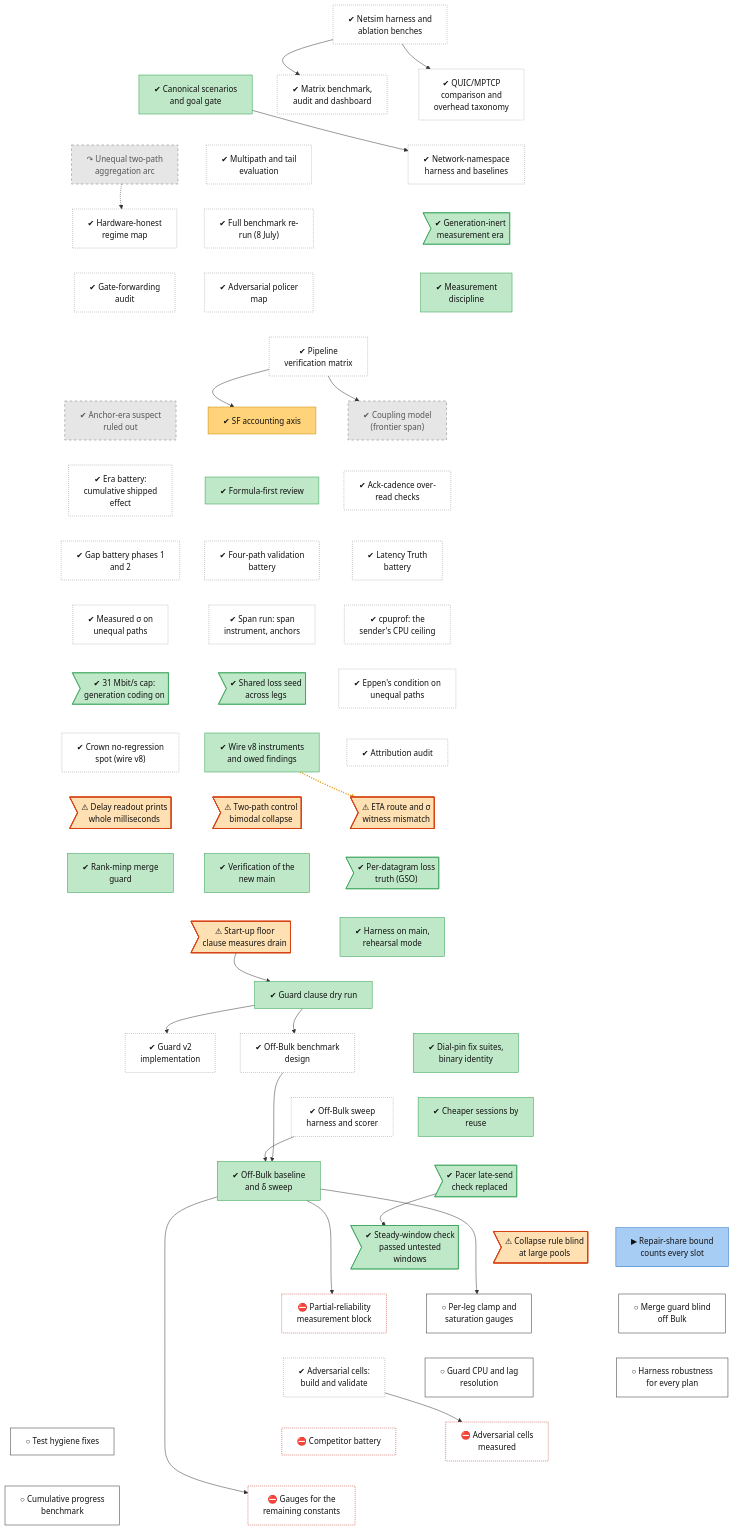
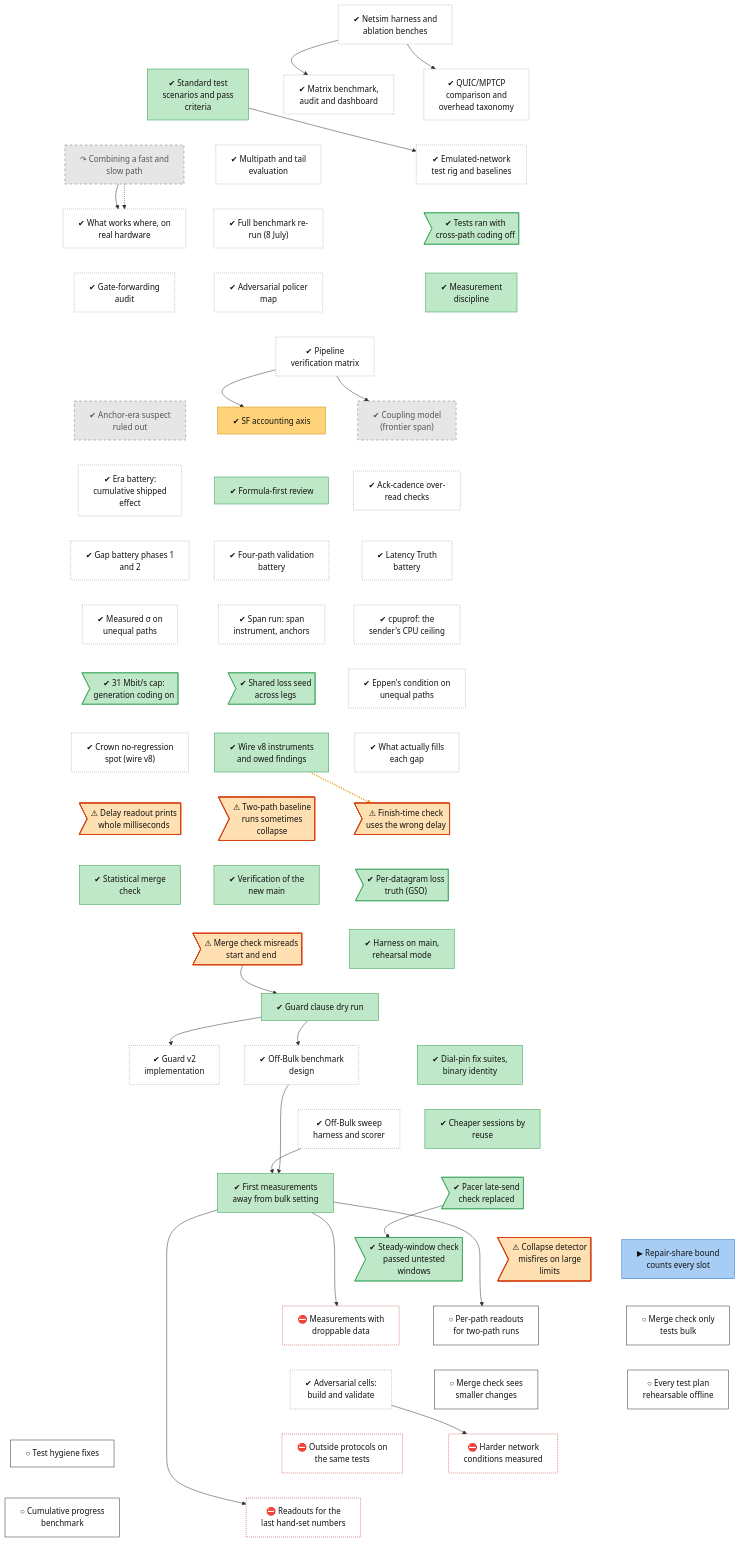
One commit to lhns/raptorpath changed the diagram in docs/roadmap/tracks/meas.md. Above: the diagram before and after it, drawn with Mermaid. The commit also changed other lines of this file and 15 other files, not shown here.

First line of the commit message:
roadmap: titles and plain sentences from the re-check

```diff
--- a/docs/roadmap/tracks/meas.md
+++ b/docs/roadmap/tracks/meas.md
@@ -12,13 +12,13 @@
     meas_l0_sim_bench["✔ Netsim harness and<br/>ablation benches"]
     meas_transport_comparison["✔ QUIC/MPTCP<br/>comparison and<br/>overhead taxonomy"]
     meas_matrix_bench["✔ Matrix benchmark,<br/>audit and dashboard"]
-    meas_adr51_scenarios["✔ Canonical scenarios<br/>and goal gate"]
-    meas_l1_harness["✔ Network-namespace<br/>harness and baselines"]
+    meas_adr51_scenarios["✔ Standard test<br/>scenarios and pass<br/>criteria"]
+    meas_l1_harness["✔ Emulated-network<br/>test rig and baselines"]
     meas_l2_multipath["✔ Multipath and tail<br/>evaluation"]
-    meas_c8_aggregation_arc["↷ Unequal two-path<br/>aggregation arc"]
-    meas_gen_inert_era>"✔ Generation-inert<br/>measurement era"]
+    meas_c8_aggregation_arc["↷ Combining a fast and<br/>slow path"]
+    meas_gen_inert_era>"✔ Tests ran with<br/>cross-path coding off"]
     meas_rerun_0708["✔ Full benchmark re-<br/>run (8 July)"]
-    meas_regime_map["✔ Hardware-honest<br/>regime map"]
+    meas_regime_map["✔ What works where, on<br/>real hardware"]
     meas_adr52_discipline["✔ Measurement<br/>discipline"]
     meas_adversarial_b1["✔ Adversarial policer<br/>map"]
     meas_gate_audit["✔ Gate-forwarding<br/>audit"]
@@ -38,39 +38,39 @@
     meas_eppen_c8["✔ Eppen's condition on<br/>unequal paths"]
     meas_defect_shared_seed>"✔ Shared loss seed<br/>across legs"]
     meas_defect_31mbit>"✔ 31 Mbit/s cap:<br/>generation coding on"]
-    meas_attribution_audit["✔ Attribution audit"]
+    meas_attribution_audit["✔ What actually fills<br/>each gap"]
     meas_wire_v8["✔ Wire v8 instruments<br/>and owed findings"]
     meas_crown_spot_v8["✔ Crown no-regression<br/>spot (wire v8)"]
-    meas_defect_eta_witness>"⚠ ETA route and σ<br/>witness mismatch"]
-    meas_defect_c8_bimodal>"⚠ Two-path control<br/>bimodal collapse"]
+    meas_defect_eta_witness>"⚠ Finish-time check<br/>uses the wrong delay"]
+    meas_defect_c8_bimodal>"⚠ Two-path baseline<br/>runs sometimes<br/>collapse"]
     meas_defect_diag_rtp_ms>"⚠ Delay readout prints<br/>whole milliseconds"]
     meas_gso_truth>"✔ Per-datagram loss<br/>truth (GSO)"]
     meas_v4_verification["✔ Verification of the<br/>new main"]
-    meas_guard_41c["✔ Rank-minp merge<br/>guard"]
+    meas_guard_41c["✔ Statistical merge<br/>check"]
     meas_harness_consolidation["✔ Harness on main,<br/>rehearsal mode"]
-    meas_defect_rtp_floor>"⚠ Start-up floor<br/>clause measures drain"]
+    meas_defect_rtp_floor>"⚠ Merge check misreads<br/>start and end"]
     meas_guard_clause_dry["✔ Guard clause dry run"]
     meas_guard_v2_impl["✔ Guard v2<br/>implementation"]
     meas_s51_design["✔ Off-Bulk benchmark<br/>design"]
     meas_s58_session["✔ Dial-pin fix suites,<br/>binary identity"]
     meas_s51_harness["✔ Off-Bulk sweep<br/>harness and scorer"]
     meas_harness_reuse["✔ Cheaper sessions by<br/>reuse"]
-    meas_s51_session["✔ Off-Bulk baseline<br/>and δ sweep"]
+    meas_s51_session["✔ First measurements<br/>away from bulk setting"]
     meas_blocke_pacing_gate>"✔ Pacer late-send<br/>check replaced"]
     meas_blocke_steady_rule>"✔ Steady-window check<br/>passed untested<br/>windows"]
     meas_w1_bracket_fix["▶ Repair-share bound<br/>counts every slot"]
-    meas_defect_cr61_large_pool>"⚠ Collapse rule blind<br/>at large pools"]
-    meas_s51b_rho["⛔ Partial-reliability<br/>measurement block"]
-    meas_guard_bulk_blind["○ Merge guard blind<br/>off Bulk"]
-    meas_s51_c8_gauges["○ Per-leg clamp and<br/>saturation gauges"]
+    meas_defect_cr61_large_pool>"⚠ Collapse detector<br/>misfires on large<br/>limits"]
+    meas_s51b_rho["⛔ Measurements with<br/>droppable data"]
+    meas_guard_bulk_blind["○ Merge check only<br/>tests bulk"]
+    meas_s51_c8_gauges["○ Per-path readouts<br/>for two-path runs"]
     meas_adversarial_cells_build["✔ Adversarial cells:<br/>build and validate"]
-    meas_harness_robustness["○ Harness robustness<br/>for every plan"]
-    meas_guard_resolution["○ Guard CPU and lag<br/>resolution"]
+    meas_harness_robustness["○ Every test plan<br/>rehearsable offline"]
+    meas_guard_resolution["○ Merge check sees<br/>smaller changes"]
     meas_test_hygiene["○ Test hygiene fixes"]
-    meas_adversarial_cells_run["⛔ Adversarial cells<br/>measured"]
-    meas_competitor_battery["⛔ Competitor battery"]
+    meas_adversarial_cells_run["⛔ Harder network<br/>conditions measured"]
+    meas_competitor_battery["⛔ Outside protocols on<br/>the same tests"]
     meas_progress_baseline["○ Cumulative progress<br/>benchmark"]
-    meas_fix_gauges_p3["⛔ Gauges for the<br/>remaining constants"]
+    meas_fix_gauges_p3["⛔ Readouts for the<br/>last hand-set numbers"]
     meas_l0_sim_bench ~~~ meas_transport_comparison
     meas_l0_sim_bench ~~~ meas_matrix_bench
     meas_l0_sim_bench ~~~ meas_adr51_scenarios
@@ -142,6 +142,7 @@
     meas_l0_sim_bench --> meas_matrix_bench
     meas_adr51_scenarios --> meas_l1_harness
     meas_c8_aggregation_arc -.-> meas_regime_map
+    meas_c8_aggregation_arc --> meas_regime_map
     meas_pipeline_verification --> meas_coupling_model
     meas_pipeline_verification --> meas_sf_accounting
     meas_wire_v8 -.-> meas_defect_eta_witness
@@ -155,7 +156,7 @@
     meas_s51_session --> meas_s51_c8_gauges
     meas_adversarial_cells_build --> meas_adversarial_cells_run
     meas_s51_session --> meas_fix_gauges_p3
-    linkStyle 73 stroke:#e69500,stroke-width:3px,stroke-dasharray:2 3
+    linkStyle 74 stroke:#e69500,stroke-width:3px,stroke-dasharray:2 3
     classDef vsucc fill:#2e9e4f,stroke:#1b6b34,color:#fff
     classDef succ fill:#bfe8c8,stroke:#2e9e4f,color:#111
     classDef mixed fill:#ffd37a,stroke:#c98a00,color:#111
```
